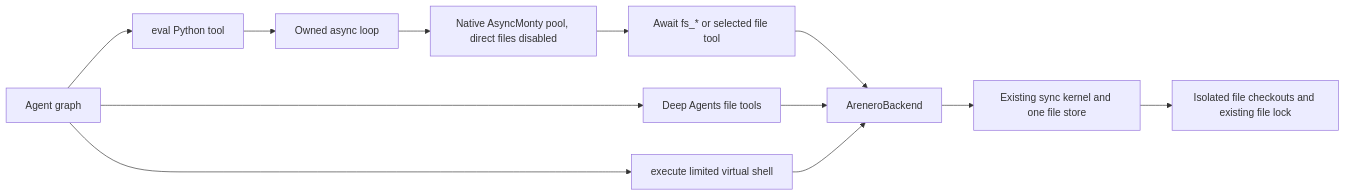
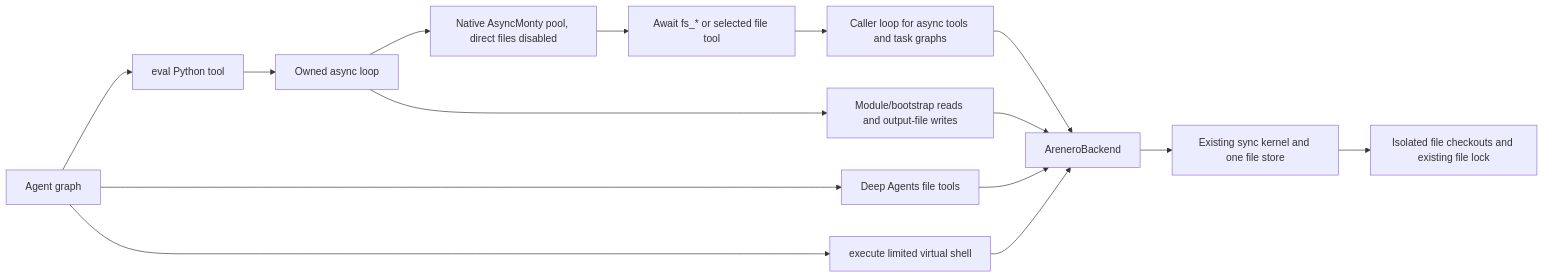
Before and after one commit to sgaseretto/arenero: the second of 2 diagrams in docs/deepagents-compatibility.md, drawn with Mermaid. The commit also changed other lines of this file and 16 other files, not shown here.

````diff
--- a/docs/deepagents-compatibility.md
+++ b/docs/deepagents-compatibility.md
@@ -242,14 +347,17 @@
 ```mermaid
 flowchart LR
     Agent["Agent graph"] --> Eval["eval Python tool"]
     Eval --> Loop["Owned async loop"]
     Loop --> Python["Native AsyncMonty pool, direct files disabled"]
     Python --> Host["Await fs_* or selected file tool"]
+    Host --> App["Caller loop for async tools and task graphs"]
     Agent --> Outer["Deep Agents file tools"]
-    Host --> Backend["AreneroBackend"]
+    App --> Backend["AreneroBackend"]
+    Loop --> Source["Module/bootstrap reads and output-file writes"]
+    Source --> Backend
     Outer --> Backend
     Agent --> Shell["execute limited virtual shell"]
     Shell --> Backend
     Backend --> Files["Existing sync kernel and one file store"]
     Files --> Checkouts["Isolated file checkouts and existing file lock"]
 ```
````
